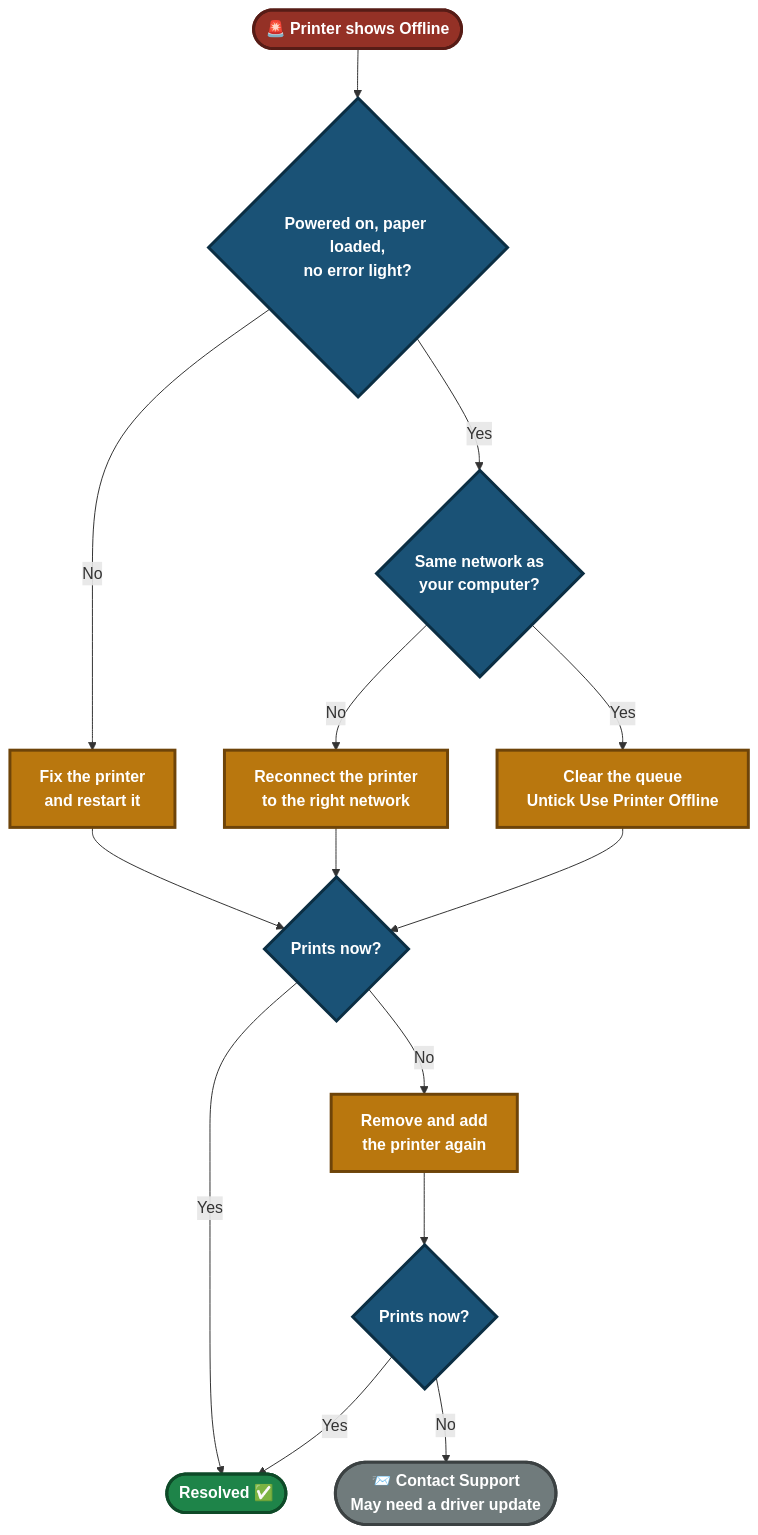
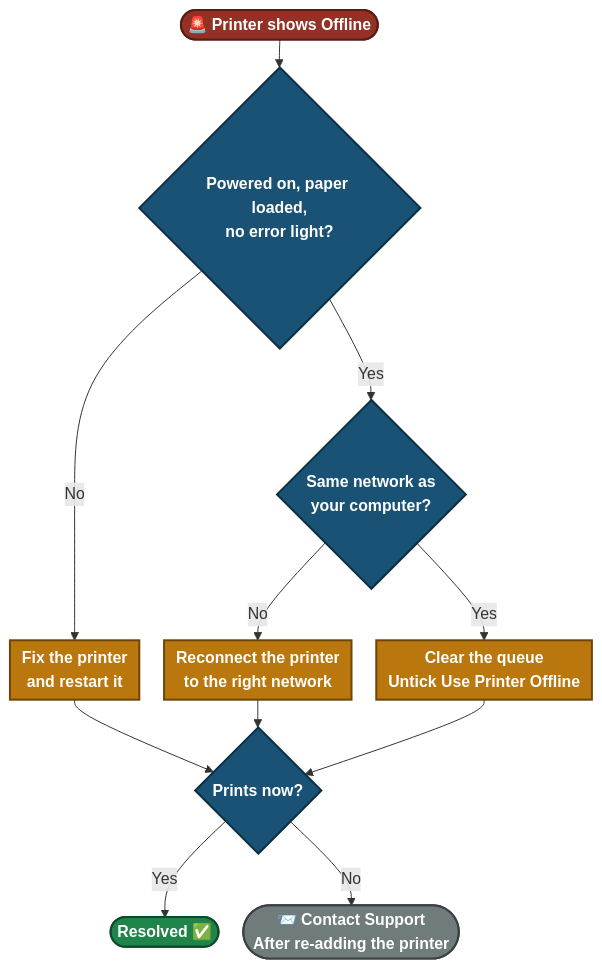
The second of 3 diagrams in 04-Solution-guides/04.4-Printer-Guide.md (malaika-azhar/Customer-Tech-Support-Portfolio), drawn with Mermaid before and after one commit. The commit also changed other lines of this file, not shown here.

````diff
--- a/04-Solution-guides/04.4-Printer-Guide.md
+++ b/04-Solution-guides/04.4-Printer-Guide.md
@@ -177,22 +177,20 @@
 ```mermaid
+%%{init: {'flowchart': {'nodeSpacing': 25, 'rankSpacing': 28, 'padding': 6}}}%%
 flowchart TD
     A(["🚨 Printer shows Offline"]):::start --> B{"Powered on, paper loaded,<br/>no error light?"}:::step
     B -->|No| C["Fix the printer<br/>and restart it"]:::fix
     B -->|Yes| D{"Same network as<br/>your computer?"}:::step
     D -->|No| E["Reconnect the printer<br/>to the right network"]:::fix
     D -->|Yes| F["Clear the queue<br/>Untick Use Printer Offline"]:::fix
     C --> G{"Prints now?"}:::step
     E --> G
     F --> G
     G -->|Yes| End(["Resolved ✅"]):::ok
-    G -->|No| H["Remove and add<br/>the printer again"]:::fix
-    H --> I{"Prints now?"}:::step
-    I -->|Yes| End
-    I -->|No| J(["📨 Contact Support<br/>May need a driver update"]):::esc
+    G -->|No| J(["📨 Contact Support<br/>After re-adding the printer"]):::esc
 
-    classDef start fill:#943126,stroke:#571C16,stroke-width:3px,color:#FFFFFF,font-weight:bold
-    classDef step fill:#1A5276,stroke:#0B2E43,stroke-width:3px,color:#FFFFFF,font-weight:bold
-    classDef fix fill:#B9770E,stroke:#6E4409,stroke-width:3px,color:#FFFFFF,font-weight:bold
-    classDef ok fill:#1E8449,stroke:#0E4A28,stroke-width:3px,color:#FFFFFF,font-weight:bold
-    classDef esc fill:#707B7C,stroke:#3B4142,stroke-width:3px,color:#FFFFFF,font-weight:bold
+    classDef start fill:#943126,stroke:#571C16,stroke-width:2px,color:#FFFFFF,font-weight:bold
+    classDef step fill:#1A5276,stroke:#0B2E43,stroke-width:2px,color:#FFFFFF,font-weight:bold
+    classDef fix fill:#B9770E,stroke:#6E4409,stroke-width:2px,color:#FFFFFF,font-weight:bold
+    classDef ok fill:#1E8449,stroke:#0E4A28,stroke-width:2px,color:#FFFFFF,font-weight:bold
+    classDef esc fill:#707B7C,stroke:#3B4142,stroke-width:2px,color:#FFFFFF,font-weight:bold
 ```
````
